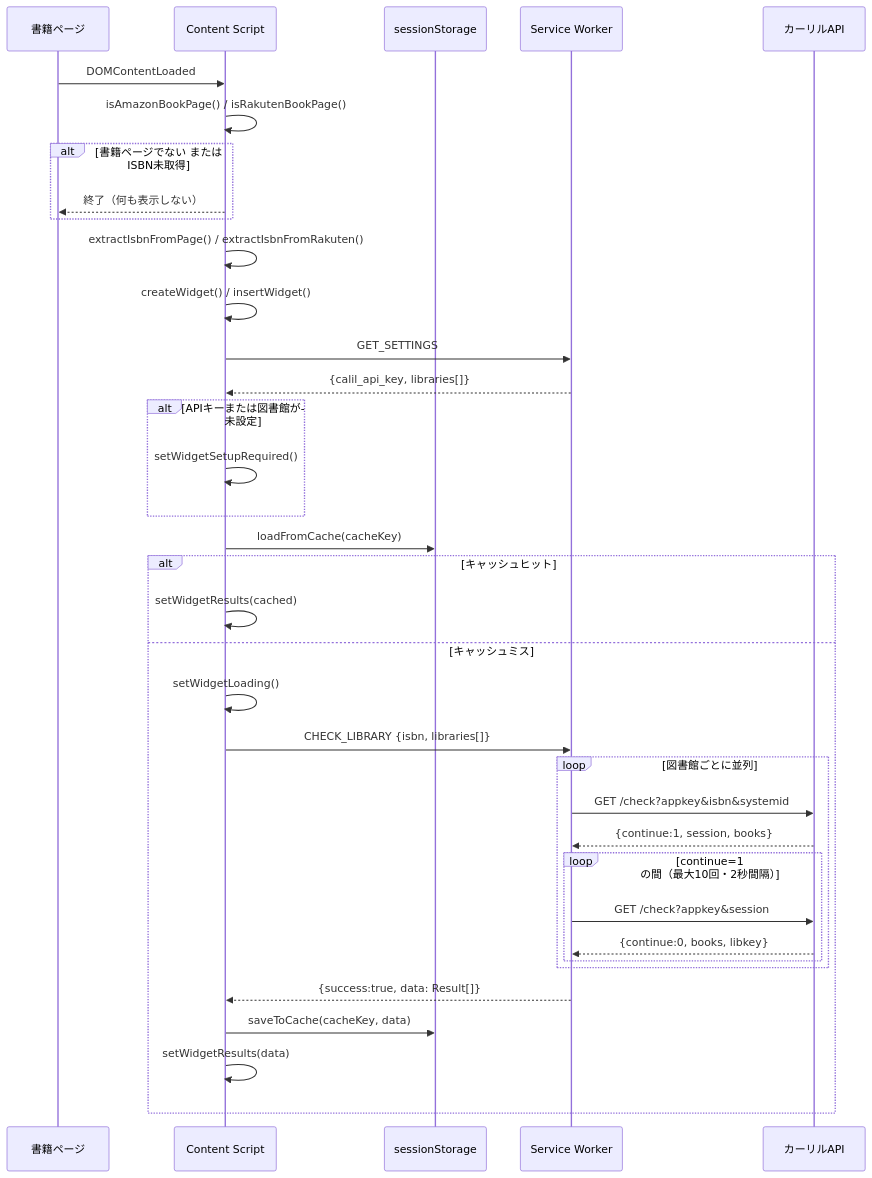
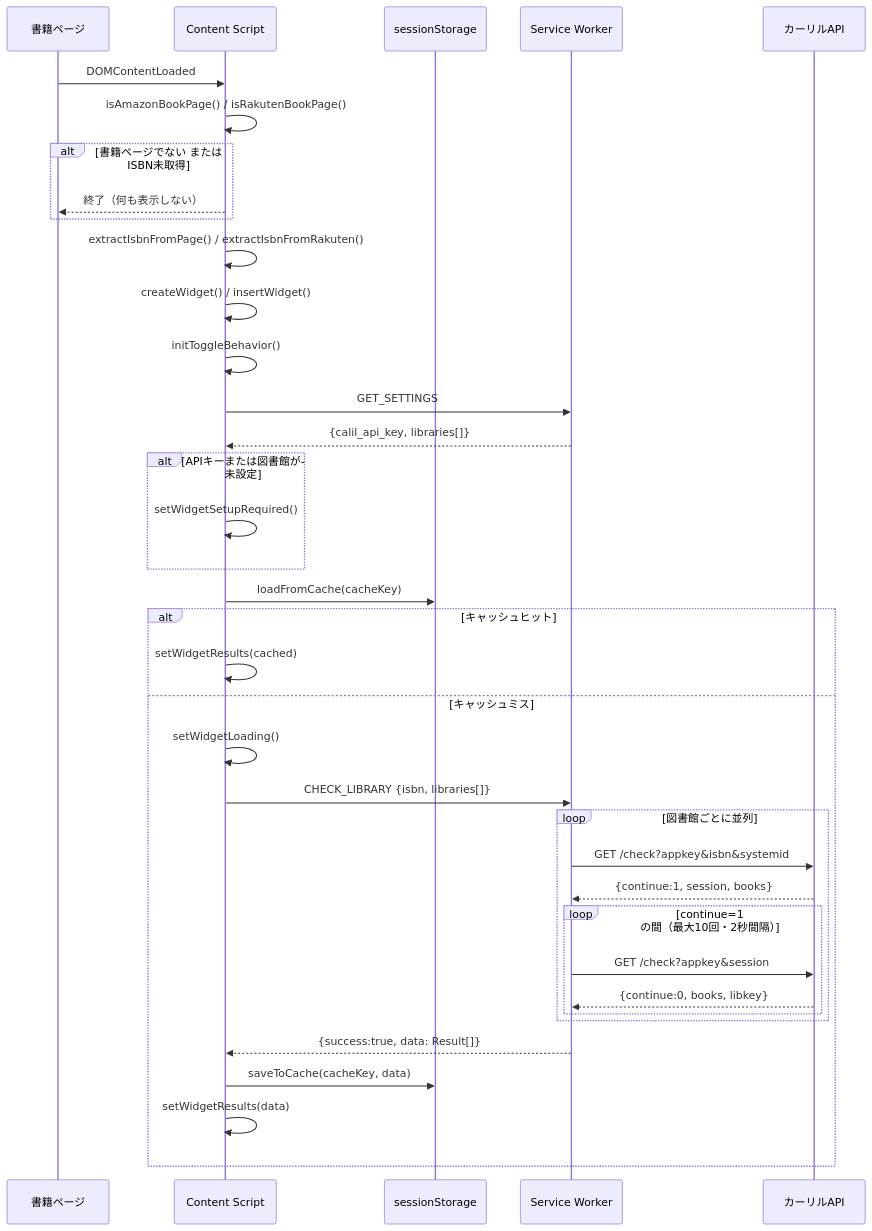
The third of 10 diagrams in docs/functional-design.md (kanameg/web-library-checker), drawn with Mermaid before and after one commit. The commit also changed other lines of this file and 2 other files, not shown here.

````diff
--- a/docs/functional-design.md
+++ b/docs/functional-design.md
@@ -174,39 +175,40 @@
 ```mermaid
 sequenceDiagram
     participant Page as 書籍ページ
     participant CS as Content Script
     participant SS as sessionStorage
     participant SW as Service Worker
     participant API as カーリルAPI
 
     Page->>CS: DOMContentLoaded
     CS->>CS: isAmazonBookPage() / isRakutenBookPage()
     alt 書籍ページでない または ISBN未取得
         CS-->>Page: 終了（何も表示しない）
     end
     CS->>CS: extractIsbnFromPage() / extractIsbnFromRakuten()
     CS->>CS: createWidget() / insertWidget()
+    CS->>CS: initToggleBehavior()
     CS->>SW: GET_SETTINGS
     SW-->>CS: {calil_api_key, libraries[]}
     alt APIキーまたは図書館が未設定
         CS->>CS: setWidgetSetupRequired()
     end
     CS->>SS: loadFromCache(cacheKey)
     alt キャッシュヒット
         CS->>CS: setWidgetResults(cached)
     else キャッシュミス
         CS->>CS: setWidgetLoading()
         CS->>SW: CHECK_LIBRARY {isbn, libraries[]}
         loop 図書館ごとに並列
             SW->>API: GET /check?appkey&isbn&systemid
             API-->>SW: {continue:1, session, books}
             loop continue=1 の間（最大10回・2秒間隔）
                 SW->>API: GET /check?appkey&session
                 API-->>SW: {continue:0, books, libkey}
             end
         end
         SW-->>CS: {success:true, data: Result[]}
         CS->>SS: saveToCache(cacheKey, data)
         CS->>CS: setWidgetResults(data)
     end
 ```
````
